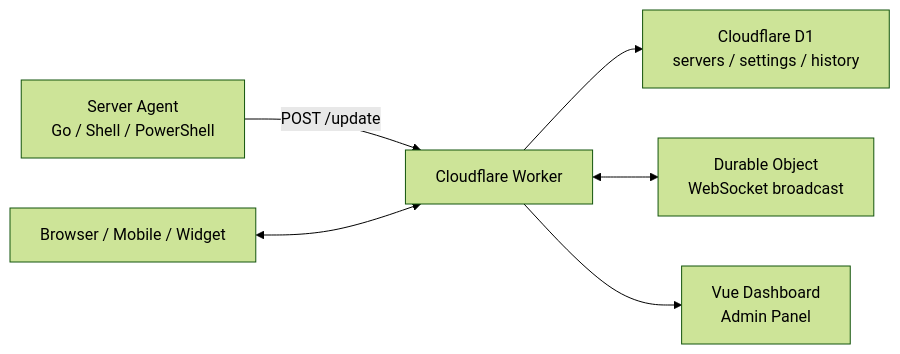
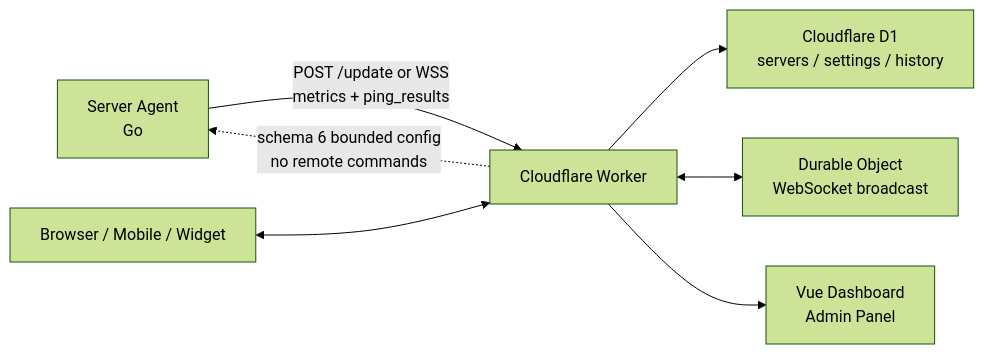
Before and after one commit to benbenwu1/CF-Server-Monitor-Komari: the diagram in README.md, drawn with Mermaid (forest theme). The commit also changed other lines of this file and 28 other files, not shown here.

Commit message:
feat: add bounded agent ping tasks

````diff
--- a/README.md
+++ b/README.md
@@ -85,8 +85,9 @@
 ```mermaid
 flowchart LR
-  Agent["Server Agent<br/>Go / Shell / PowerShell"] -->|"POST /update"| Worker["Cloudflare Worker"]
+  Agent["Server Agent<br/>Go"] -->|"POST /update or WSS<br/>metrics + ping_results"| Worker["Cloudflare Worker"]
+  Worker -.->|"schema 6 bounded config<br/>no remote commands"| Agent
   Worker --> D1["Cloudflare D1<br/>servers / settings / history"]
   Worker <--> DO["Durable Object<br/>WebSocket broadcast"]
   Worker --> Assets["Vue Dashboard<br/>Admin Panel"]
   Browser["Browser / Mobile / Widget"] <--> Worker
 ```
````
